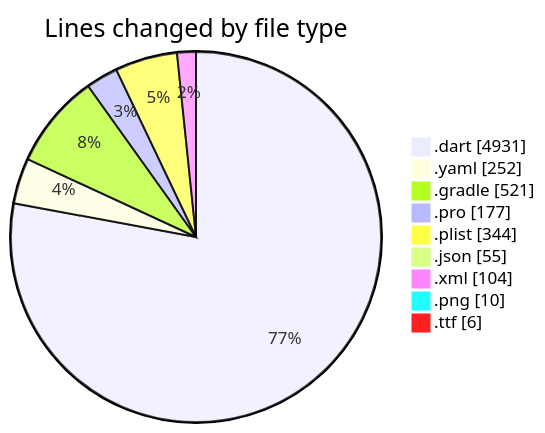
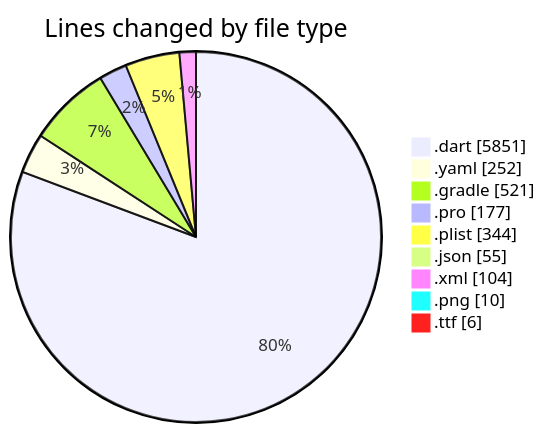
The first of 2 diagrams in 2025-07-29/appproject/README.md (lephambinh05/code-tracking), drawn with Mermaid before and after one commit. The commit also changed other lines of this file and 1 other file, not shown here.

````diff
--- a/2025-07-29/appproject/README.md
+++ b/2025-07-29/appproject/README.md
@@ -55,13 +56,13 @@
 ```mermaid
 pie showData
 title Lines changed by file type
-".dart" : 4931
+".dart" : 5851
 ".yaml" : 252
 ".gradle" : 521
 ".pro" : 177
 ".plist" : 344
 ".json" : 55
 ".xml" : 104
 ".png" : 10
 ".ttf" : 6
 ```
````
